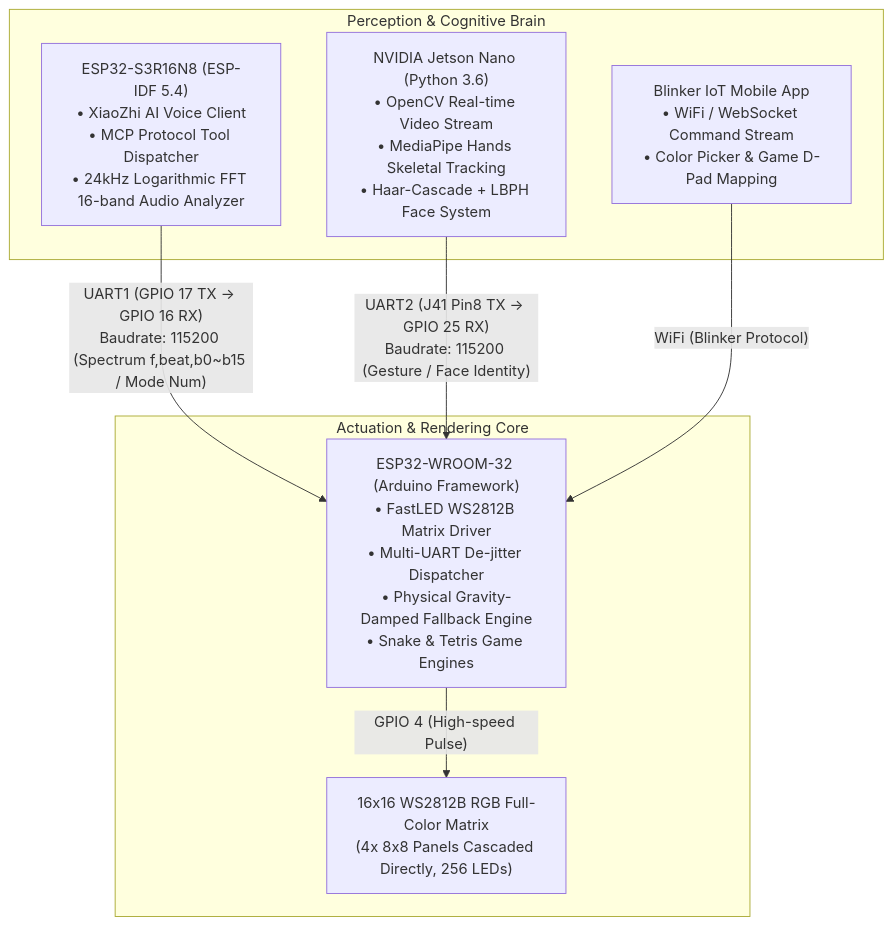
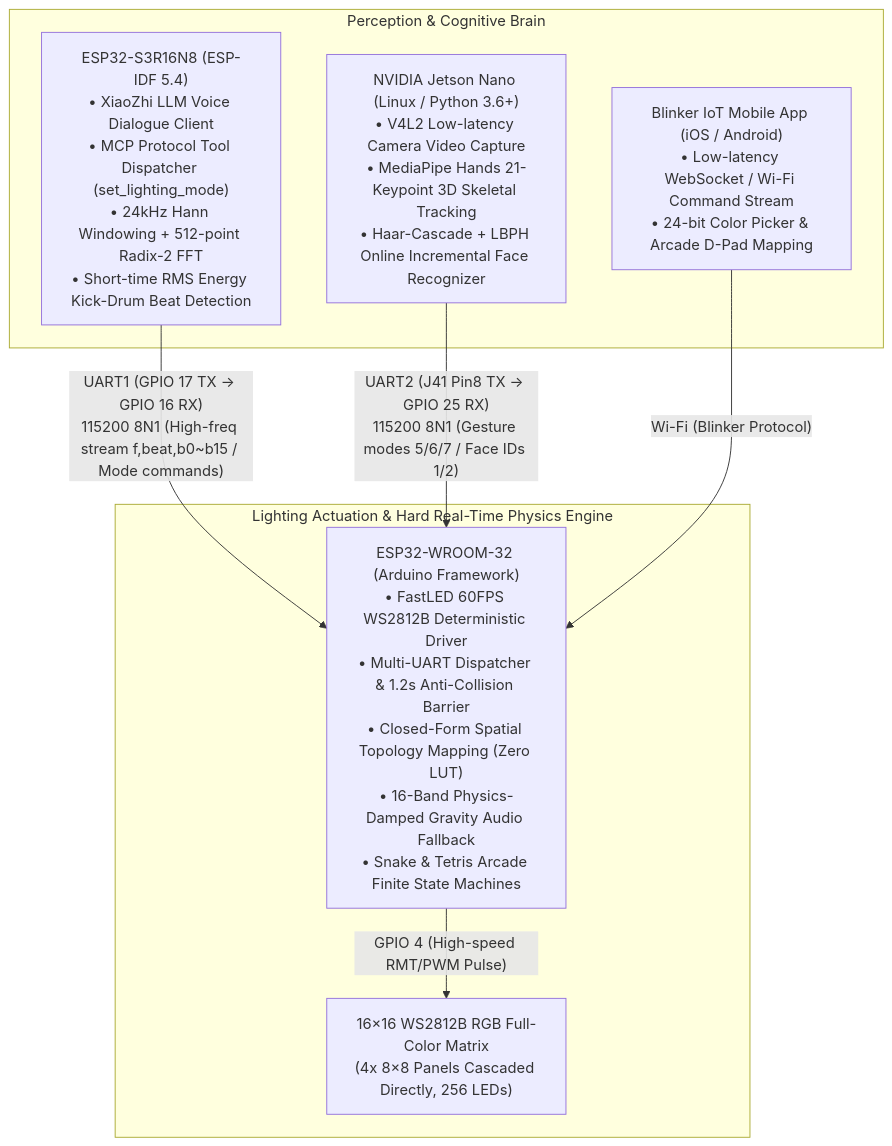
Before and after one commit to DongFengPo1412/Intelligent-Lighting-Control-System-Mid: the first of 2 diagrams in README_EN.md, drawn with Mermaid. The commit also changed other lines of this file and 7 other files, not shown here.

````diff
--- a/README_EN.md
+++ b/README_EN.md
@@ -34,18 +44,18 @@
 ```mermaid
 graph TD
     subgraph "Perception & Cognitive Brain"
-        S3["ESP32-S3R16N8 (ESP-IDF 5.4)<br>• XiaoZhi AI Voice Client<br>• MCP Protocol Tool Dispatcher<br>• 24kHz Logarithmic FFT 16-band Audio Analyzer"]
-        JN["NVIDIA Jetson Nano (Python 3.6)<br>• OpenCV Real-time Video Stream<br>• MediaPipe Hands Skeletal Tracking<br>• Haar-Cascade + LBPH Face System"]
-        APP["Blinker IoT Mobile App<br>• WiFi / WebSocket Command Stream<br>• Color Picker & Game D-Pad Mapping"]
+        S3["ESP32-S3R16N8 (ESP-IDF 5.4)<br>• XiaoZhi LLM Voice Dialogue Client<br>• MCP Protocol Tool Dispatcher (set_lighting_mode)<br>• 24kHz Hann Windowing + 512-point Radix-2 FFT<br>• Short-time RMS Energy Kick-Drum Beat Detection"]
+        JN["NVIDIA Jetson Nano (Linux / Python 3.6+)<br>• V4L2 Low-latency Camera Video Capture<br>• MediaPipe Hands 21-Keypoint 3D Skeletal Tracking<br>• Haar-Cascade + LBPH Online Incremental Face Recognizer"]
+        APP["Blinker IoT Mobile App (iOS / Android)<br>• Low-latency WebSocket / Wi-Fi Command Stream<br>• 24-bit Color Picker & Arcade D-Pad Mapping"]
     end
 
-    subgraph "Actuation & Rendering Core"
-        WROOM["ESP32-WROOM-32 (Arduino Framework)<br>• FastLED WS2812B Matrix Driver<br>• Multi-UART De-jitter Dispatcher<br>• Physical Gravity-Damped Fallback Engine<br>• Snake & Tetris Game Engines"]
-        MATRIX["16x16 WS2812B RGB Full-Color Matrix<br>(4x 8x8 Panels Cascaded Directly, 256 LEDs)"]
+    subgraph "Lighting Actuation & Hard Real-Time Physics Engine"
+        WROOM["ESP32-WROOM-32 (Arduino Framework)<br>• FastLED 60FPS WS2812B Deterministic Driver<br>• Multi-UART Dispatcher & 1.2s Anti-Collision Barrier<br>• Closed-Form Spatial Topology Mapping (Zero LUT)<br>• 16-Band Physics-Damped Gravity Audio Fallback<br>• Snake & Tetris Arcade Finite State Machines"]
+        MATRIX["16×16 WS2812B RGB Full-Color Matrix<br>(4x 8×8 Panels Cascaded Directly, 256 LEDs)"]
     end
 
-    S3 -- "UART1 (GPIO 17 TX -> GPIO 16 RX)<br>Baudrate: 115200 (Spectrum f,beat,b0~b15 / Mode Num)" --> WROOM
-    JN -- "UART2 (J41 Pin8 TX -> GPIO 25 RX)<br>Baudrate: 115200 (Gesture / Face Identity)" --> WROOM
-    APP -- "WiFi (Blinker Protocol)" --> WROOM
-    WROOM -- "GPIO 4 (High-speed Pulse)" --> MATRIX
+    S3 -- "UART1 (GPIO 17 TX -> GPIO 16 RX)<br>115200 8N1 (High-freq stream f,beat,b0~b15 / Mode commands)" --> WROOM
+    JN -- "UART2 (J41 Pin8 TX -> GPIO 25 RX)<br>115200 8N1 (Gesture modes 5/6/7 / Face IDs 1/2)" --> WROOM
+    APP -- "Wi-Fi (Blinker Protocol)" --> WROOM
+    WROOM -- "GPIO 4 (High-speed RMT/PWM Pulse)" --> MATRIX
 ```
````
